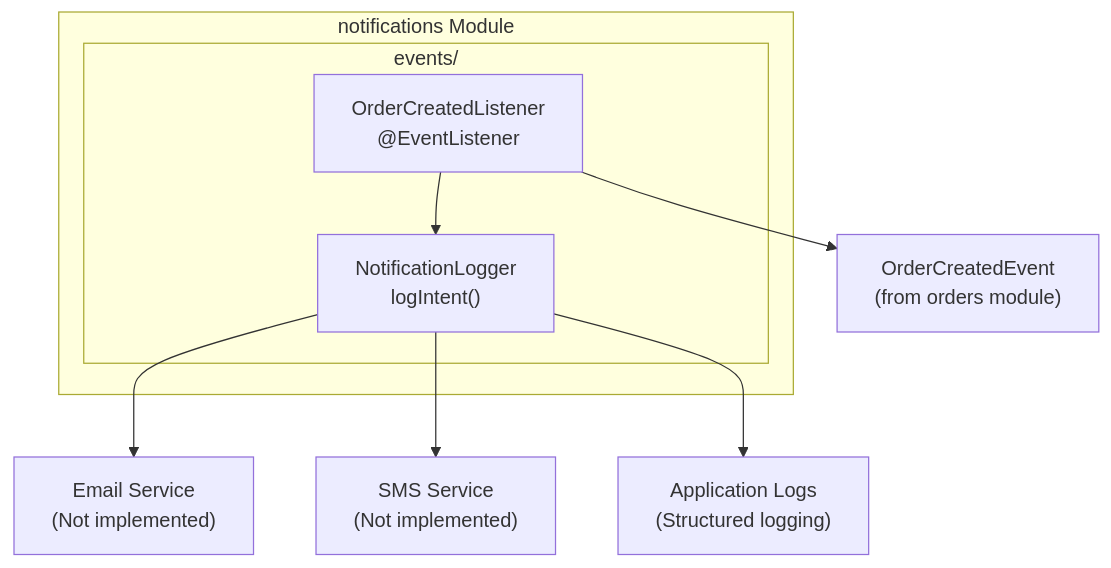
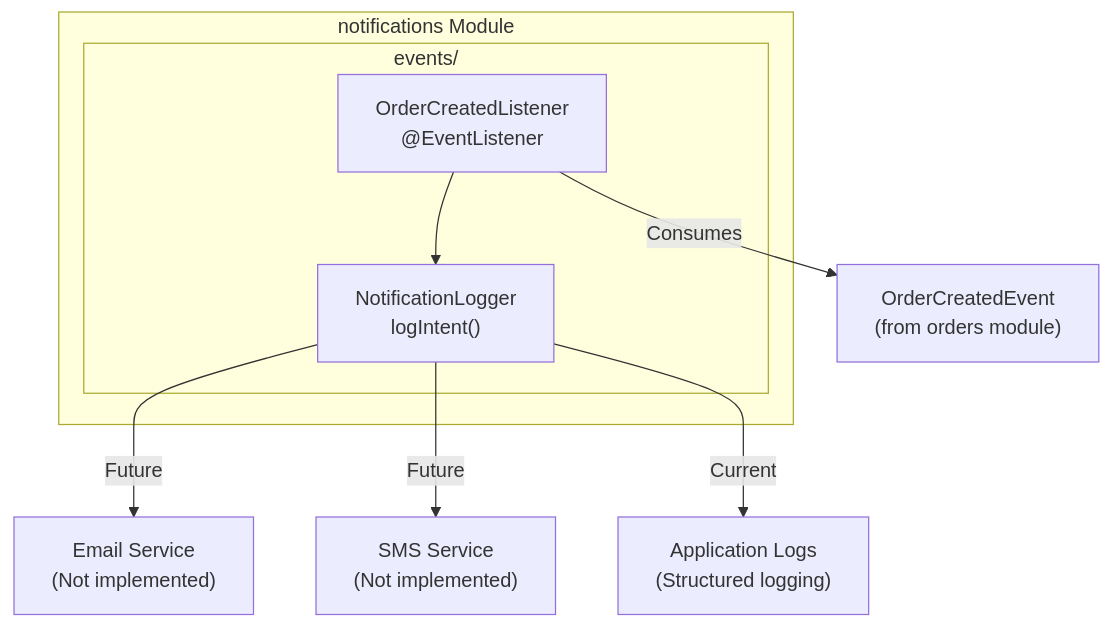
One commit to philipz/spring-modular-monolith changed the eighth of 12 diagrams in docs/deepwiki/Module-Structure-and-Boundaries.md. Above: the diagram before and after it, drawn with Mermaid. The commit also changed other lines of this file and 55 other files, not shown here.

````diff
--- a/docs/deepwiki/Module-Structure-and-Boundaries.md
+++ b/docs/deepwiki/Module-Structure-and-Boundaries.md
@@ -626,24 +626,24 @@
 ```mermaid
 flowchart TD
 
 OrderCreatedListener["OrderCreatedListener<br>@EventListener"]
 NotificationLogger["NotificationLogger<br>logIntent()"]
 OrderCreatedEvent["OrderCreatedEvent<br>(from orders module)"]
 EmailService["Email Service<br>(Not implemented)"]
 SMSService["SMS Service<br>(Not implemented)"]
 Logs["Application Logs<br>(Structured logging)"]
 
-OrderCreatedListener --> OrderCreatedEvent
-NotificationLogger --> EmailService
-NotificationLogger --> SMSService
-NotificationLogger --> Logs
+OrderCreatedListener -->|"Consumes"| OrderCreatedEvent
+NotificationLogger -->|"Future"| EmailService
+NotificationLogger -->|"Future"| SMSService
+NotificationLogger -->|"Current"| Logs
 
 subgraph subGraph1 ["notifications Module"]
 
 subgraph events/ ["events/"]
     OrderCreatedListener
     NotificationLogger
     OrderCreatedListener --> NotificationLogger
 end
 end
 ```
````
